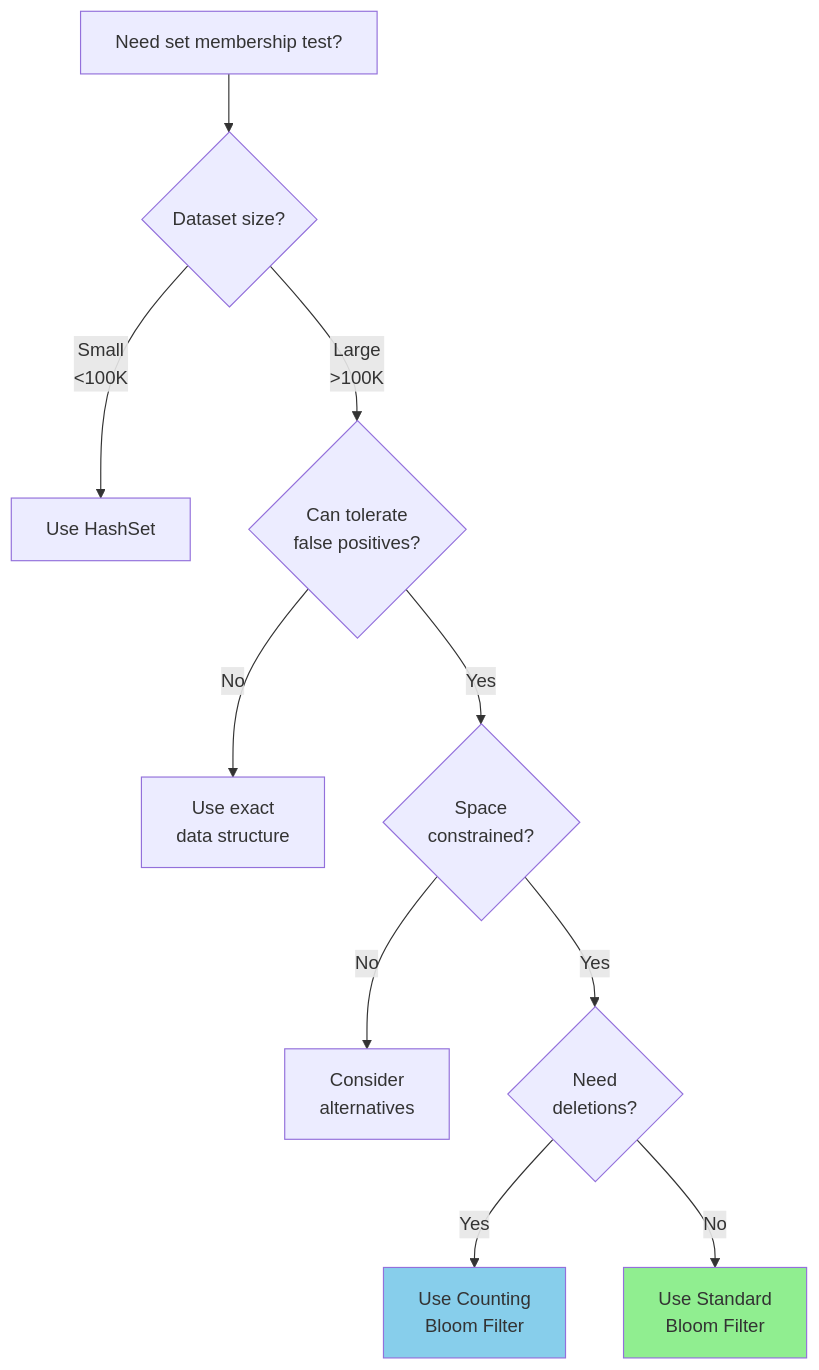
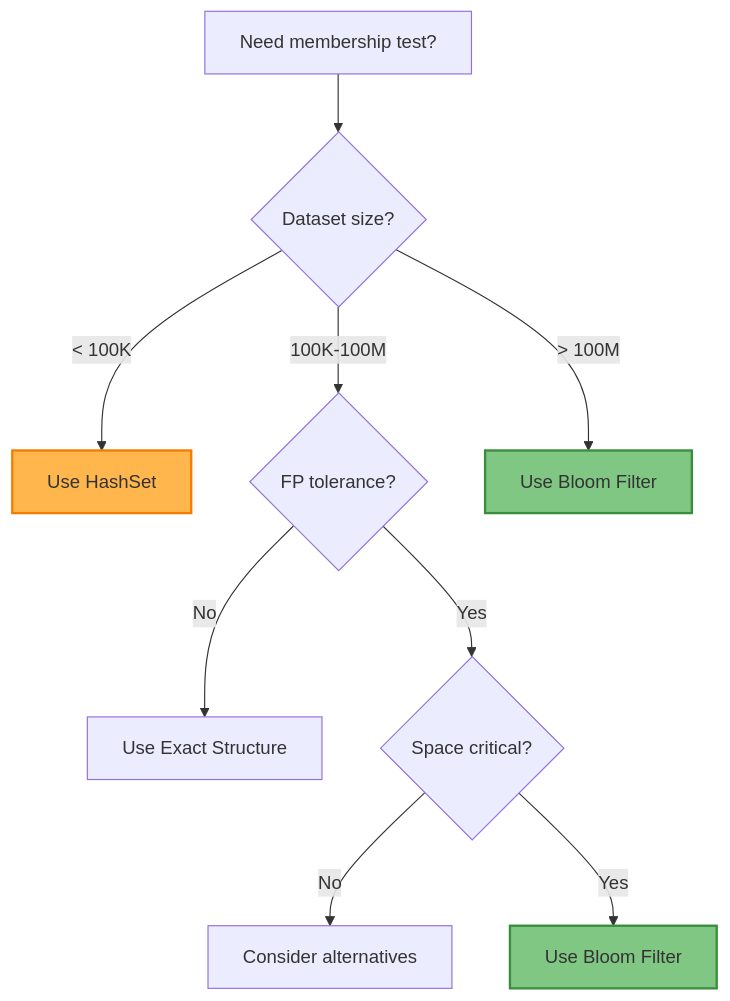
Before and after one commit to deepaucksharma/DStudio: the sixth of 6 diagrams in docs/pattern-library/data-management/bloom-filter.md, drawn with Mermaid. The commit also changed other lines of this file and 23 other files, not shown here.

````diff
--- a/docs/pattern-library/data-management/bloom-filter.md
+++ b/docs/pattern-library/data-management/bloom-filter.md
@@ -276,20 +315,19 @@
 ```mermaid
 graph TD
- Start[Need set membership test?]
- Start --> Size{Dataset size?}
- 
- Size -->|Small<br/><100K| Hash[Use HashSet]
- Size -->|Large<br/>>100K| FP{Can tolerate<br/>false positives?}
- 
- FP -->|No| Exact[Use exact<br/>data structure]
- FP -->|Yes| Space{Space<br/>constrained?}
- 
- Space -->|No| Maybe[Consider<br/>alternatives]
- Space -->|Yes| Delete{Need<br/>deletions?}
- 
- Delete -->|Yes| Count[Use Counting<br/>Bloom Filter]
- Delete -->|No| Bloom[Use Standard<br/>Bloom Filter]
- 
- style Bloom fill:#90EE90
- style Count fill:#87CEEB
+    A[Need membership test?] --> B{Dataset size?}
+    B -->|< 100K| C[Use HashSet]
+    B -->|100K-100M| D{FP tolerance?}
+    B -->|> 100M| E[Use Bloom Filter]
+    
+    D -->|No| F[Use Exact Structure]
+    D -->|Yes| G{Space critical?}
+    
+    G -->|No| H[Consider alternatives]
+    G -->|Yes| I[Use Bloom Filter]
+    
+    classDef recommended fill:#81c784,stroke:#388e3c,stroke-width:2px
+    classDef caution fill:#ffb74d,stroke:#f57c00,stroke-width:2px
+    
+    class I,E recommended
+    class C caution
 ```
````
